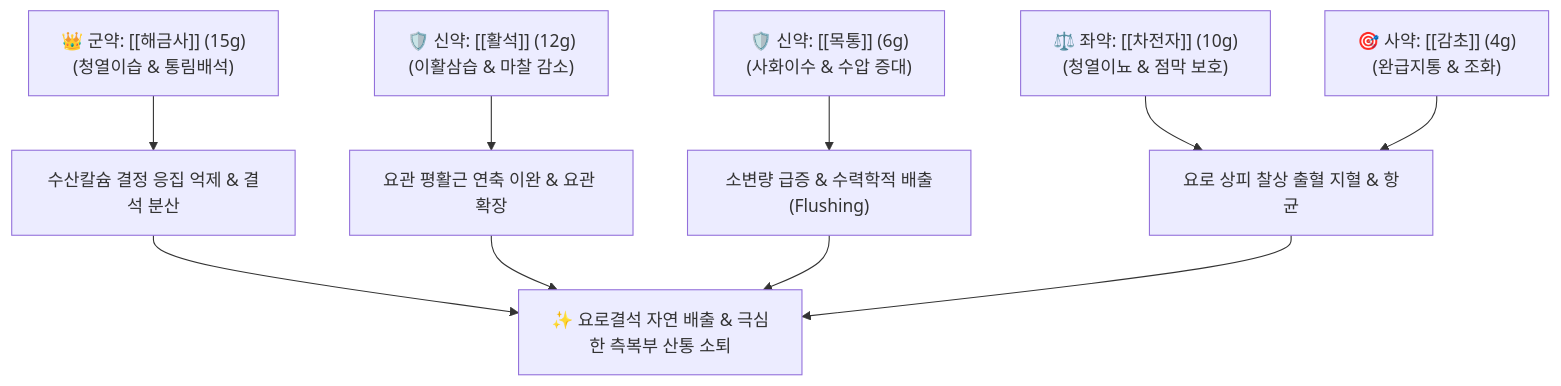
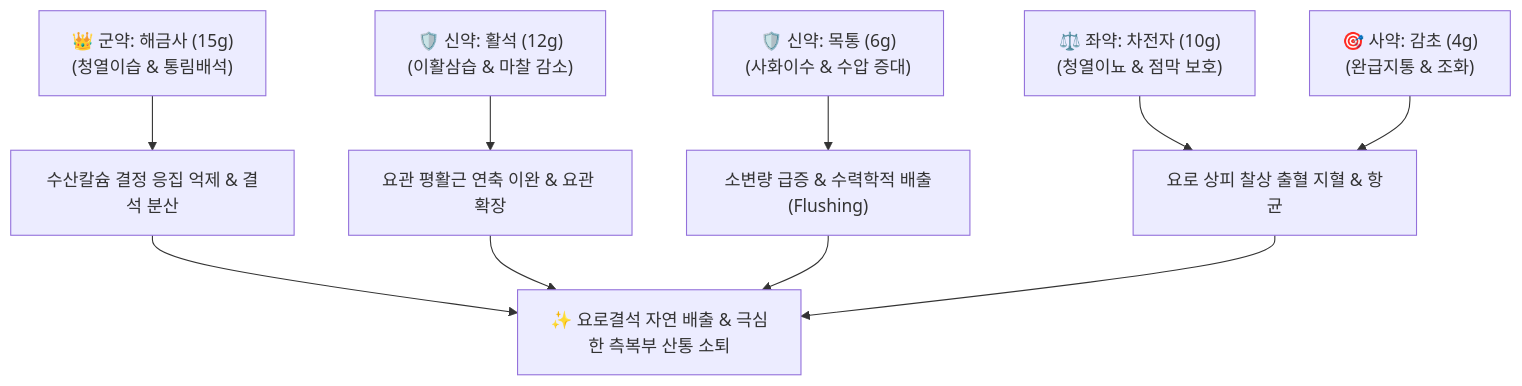
One commit to simbio11/simbio-digital-garden2 changed the diagram in content/2. 약리 공부/처방/03_화담·거습·이수제/해금사산.md. Above: the diagram before and after it, drawn with Mermaid. The commit also changed other lines of this file and 122 other files, not shown here.

````diff
--- a/content/2. 약리 공부/처방/03_화담·거습·이수제/해금사산.md
+++ b/content/2. 약리 공부/처방/03_화담·거습·이수제/해금사산.md
@@ -55,12 +55,12 @@
 ```mermaid
 graph TD
-    Gun["👑 군약: [[해금사]] (15g)<br>(청열이습 & 통림배석)"] --> Crystal["수산칼슘 결정 응집 억제 & 결석 분산"]
-    Sin1["🛡️ 신약: [[활석]] (12g)<br>(이활삼습 & 마찰 감소)"] --> Dilate["요관 평활근 연축 이완 & 요관 확장"]
-    Sin2["🛡️ 신약: [[목통]] (6g)<br>(사화이수 & 수압 증대)"] --> Flush["소변량 급증 & 수력학적 배출(Flushing)"]
-    Jwa["⚖️ 좌약: [[차전자]] (10g)<br>(청열이뇨 & 점막 보호)"] --> Protect["요로 상피 찰상 출혈 지혈 & 항균"]
-    Sa["🎯 사약: [[감초]] (4g)<br>(완급지통 & 조화)"] --> Protect
+    Gun["👑 군약: 해금사 (15g)<br>(청열이습 & 통림배석)"] --> Crystal["수산칼슘 결정 응집 억제 & 결석 분산"]
+    Sin1["🛡️ 신약: 활석 (12g)<br>(이활삼습 & 마찰 감소)"] --> Dilate["요관 평활근 연축 이완 & 요관 확장"]
+    Sin2["🛡️ 신약: 목통 (6g)<br>(사화이수 & 수압 증대)"] --> Flush["소변량 급증 & 수력학적 배출(Flushing)"]
+    Jwa["⚖️ 좌약: 차전자 (10g)<br>(청열이뇨 & 점막 보호)"] --> Protect["요로 상피 찰상 출혈 지혈 & 항균"]
+    Sa["🎯 사약: 감초 (4g)<br>(완급지통 & 조화)"] --> Protect
     Crystal --> Outcome["✨ 요로결석 자연 배출 & 극심한 측복부 산통 소퇴"]
     Dilate --> Outcome
     Flush --> Outcome
     Protect --> Outcome
 ```
````
